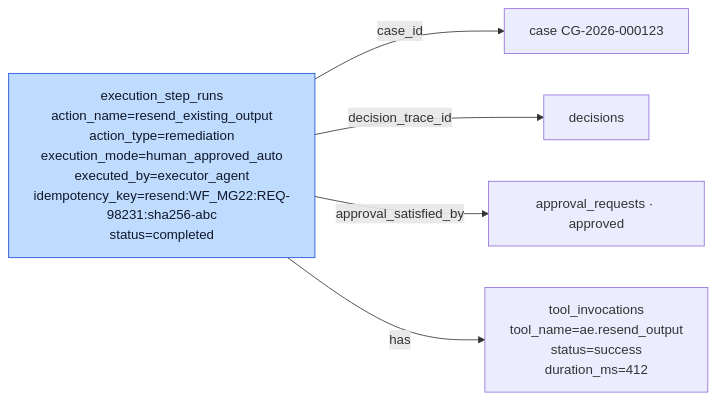
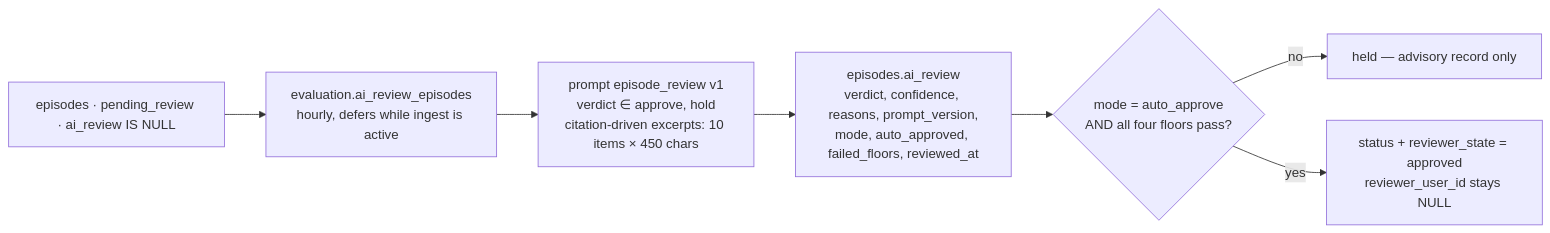
One commit to Valuedx/ContextEdge changed the tenth of 22 diagrams in docs/CONTEXT_GRAPH_WALKTHROUGH.md. Above: the diagram before and after it, drawn with Mermaid. The commit also changed other lines of this file and 48 other files, not shown here.

````diff
--- a/docs/CONTEXT_GRAPH_WALKTHROUGH.md
+++ b/docs/CONTEXT_GRAPH_WALKTHROUGH.md
@@ -186,17 +289,9 @@
 ```mermaid
 graph LR
-  ESR[execution_step_runs<br/>action_name=resend_existing_output<br/>action_type=remediation<br/>execution_mode=human_approved_auto<br/>executed_by=executor_agent<br/>idempotency_key=resend#58;WF_MG22#58;REQ-98231#58;sha256-abc<br/>status=completed]
-  TI[tool_invocations<br/>tool_name=ae.resend_output<br/>status=success<br/>duration_ms=412]
-
-  CASE[case CG-2026-000123]
-  D[decisions]
-  AR[approval_requests · approved]
-
-  ESR -- case_id --> CASE
-  ESR -- decision_trace_id --> D
-  ESR -- approval_satisfied_by --> AR
-  ESR -- has --> TI
-
-  classDef new fill:#bfdbfe,stroke:#1d4ed8,color:#0f172a;
-  class ESR new;
+  EP[episodes · pending_review · ai_review IS NULL] --> SW[evaluation.ai_review_episodes<br/>hourly, defers while ingest is active]
+  SW --> V[prompt episode_review v1<br/>verdict ∈ approve, hold<br/>citation-driven excerpts: 10 items × 450 chars]
+  V --> ST[episodes.ai_review<br/>verdict, confidence, reasons, prompt_version,<br/>mode, auto_approved, failed_floors, reviewed_at]
+  ST --> F{mode = auto_approve<br/>AND all four floors pass?}
+  F -- no --> H[held — advisory record only]
+  F -- yes --> A[status + reviewer_state = approved<br/>reviewer_user_id stays NULL]
 ```
````
